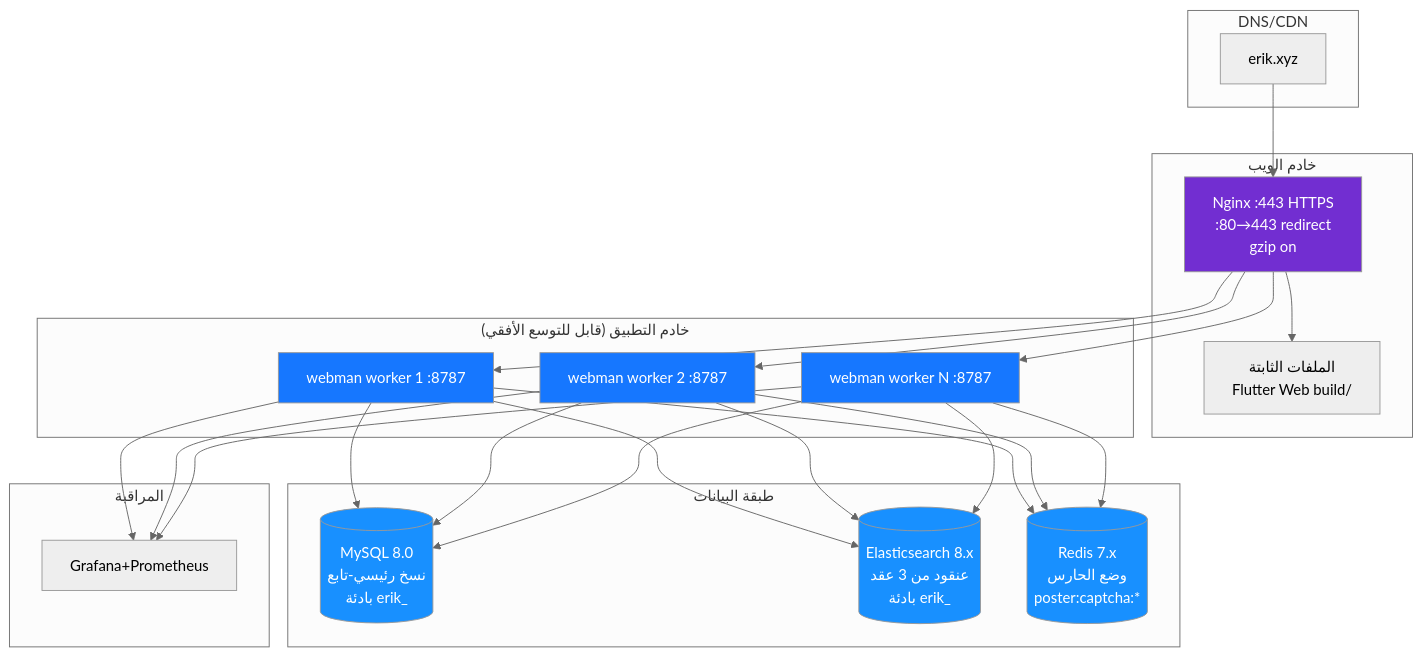
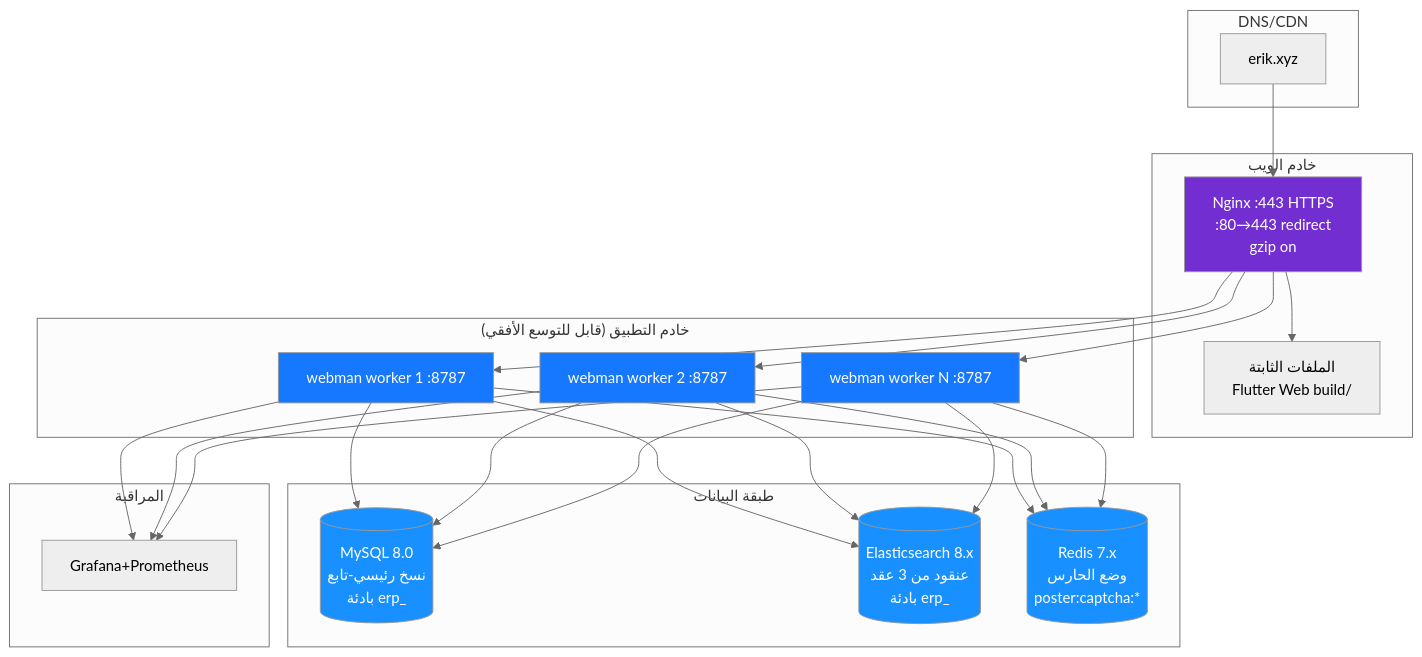
One commit to erikwang2013/erp-php changed the diagram in docs/i18n/ar/diagrams/12-deployment.md. Above: the diagram before and after it, drawn with Mermaid (neutral theme). The commit also changed 449 other files, not shown here.

First line of the commit message:
全局命名统一：数据库 erp、表前缀 erp_、Redis 前缀 erp:（原 erik_/open_admin）

````diff
--- a/docs/i18n/ar/diagrams/12-deployment.md
+++ b/docs/i18n/ar/diagrams/12-deployment.md
@@ -3,45 +3,45 @@
 ```mermaid
 flowchart TB
     subgraph dns["DNS/CDN"]
         domain["erik.xyz"]
     end
 
     subgraph web["خادم الويب"]
         nginx["Nginx :443 HTTPS<br/>:80→443 redirect<br/>gzip on"]
         static["الملفات الثابتة<br/>Flutter Web build/"]
     end
 
     subgraph app["خادم التطبيق (قابل للتوسع الأفقي)"]
         wm1["webman worker 1 :8787"]
         wm2["webman worker 2 :8787"]
         wm3["webman worker N :8787"]
     end
 
     subgraph data["طبقة البيانات"]
-        mysql[("MySQL 8.0<br/>نسخ رئيسي-تابع<br/>بادئة erik_")]
-        es[("Elasticsearch 8.x<br/>عنقود من 3 عقد<br/>بادئة erik_")]
+        mysql[("MySQL 8.0<br/>نسخ رئيسي-تابع<br/>بادئة erp_")]
+        es[("Elasticsearch 8.x<br/>عنقود من 3 عقد<br/>بادئة erp_")]
         redis[("Redis 7.x<br/>وضع الحارس<br/>poster:captcha:*")]
     end
 
     subgraph monitor["المراقبة"]
         grafana["Grafana+Prometheus"]
     end
 
     domain --> nginx
     nginx --> static
     nginx --> wm1
     nginx --> wm2
     nginx --> wm3
     wm1 & wm2 & wm3 --> mysql
     wm1 & wm2 & wm3 --> es
     wm1 & wm2 & wm3 --> redis
     wm1 & wm2 & wm3 --> grafana
 
     style nginx fill:#722ED1,color:#fff
     style wm1 fill:#1677FF,color:#fff
     style wm2 fill:#1677FF,color:#fff
     style wm3 fill:#1677FF,color:#fff
     style mysql fill:#1890FF,color:#fff
     style es fill:#1890FF,color:#fff
     style redis fill:#1890FF,color:#fff
 ```
````
